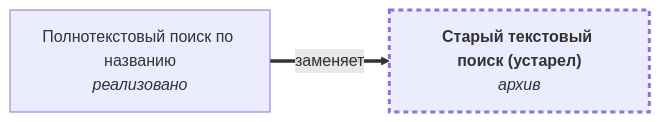
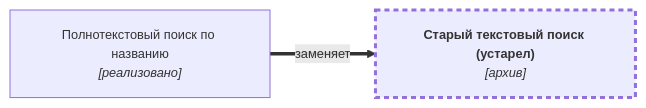
One commit to DmitryKhilko/example-app-requirements changed the diagram in docs/archive/specifications/catalog/search-old.md. Above: the diagram before and after it, drawn with Mermaid. The commit also changed other lines of this file and 21 other files, not shown here.

````diff
--- a/docs/archive/specifications/catalog/search-old.md
+++ b/docs/archive/specifications/catalog/search-old.md
@@ -22,13 +22,14 @@
 ```mermaid
+%%{init: {"themeVariables": {"fontSize": "12.8px"}}}%%
 flowchart LR
-    n0["<b>Старый текстовый поиск (устарел)</b><br/><i>архив</i>"]
-    n1["Полнотекстовый поиск по названию<br/><i>реализовано</i>"]
+    n0["<b>Старый текстовый поиск (устарел)</b><br/><i>[архив]</i>"]
+    n1["Полнотекстовый поиск по названию<br/><i>[реализовано]</i>"]
     n1 ==>|"заменяет"| n0
 
     classDef current stroke-width:3px
     classDef archived stroke-dasharray:5 4
     class n0 current
     class n0 archived
 
     click n1 "../../../../specifications/catalog/search-text/"
 ```
````
